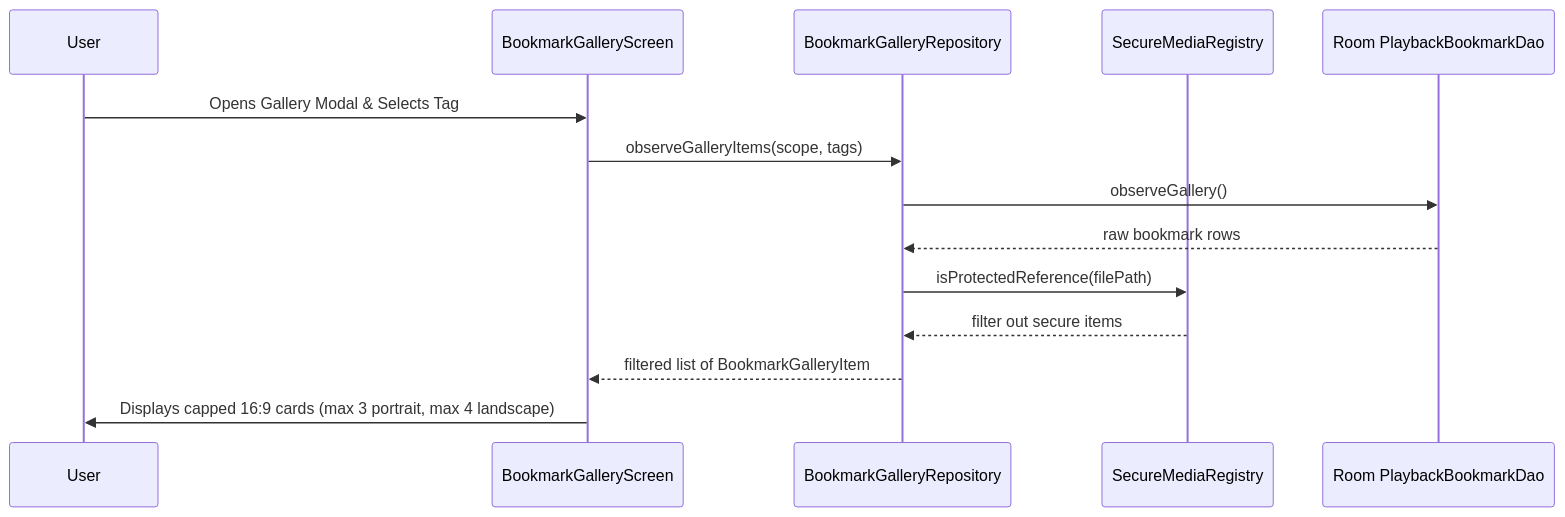
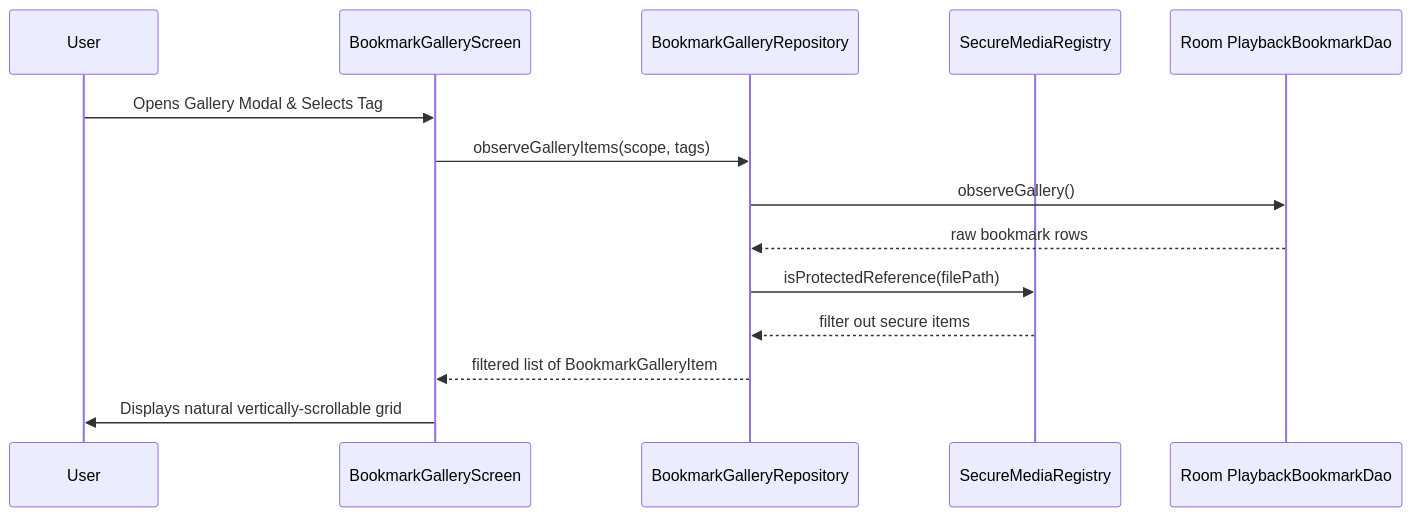
The third of 3 diagrams in docs/ARCHITECTURE.md (Mostakim2005/mpvRx), drawn with Mermaid before and after one commit. The commit also changed other lines of this file and 7 other files, not shown here.

````diff
--- a/docs/ARCHITECTURE.md
+++ b/docs/ARCHITECTURE.md
@@ -96,17 +101,17 @@
 ```mermaid
 sequenceDiagram
     participant User
     participant Gallery as BookmarkGalleryScreen
     participant Repo as BookmarkGalleryRepository
     participant Sec as SecureMediaRegistry
     participant DB as Room PlaybackBookmarkDao
 
     User->>Gallery: Opens Gallery Modal & Selects Tag
     Gallery->>Repo: observeGalleryItems(scope, tags)
     Repo->>DB: observeGallery()
     DB-->>Repo: raw bookmark rows
     Repo->>Sec: isProtectedReference(filePath)
     Sec-->>Repo: filter out secure items
     Repo-->>Gallery: filtered list of BookmarkGalleryItem
-    Gallery->>User: Displays capped 16:9 cards (max 3 portrait, max 4 landscape)
+    Gallery->>User: Displays natural vertically-scrollable grid
 ```
````
